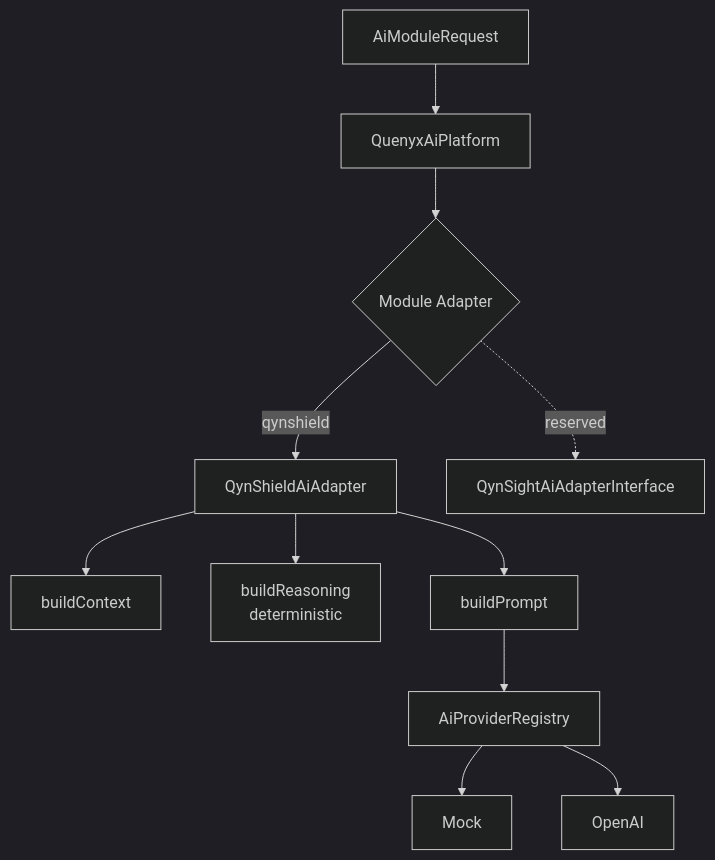
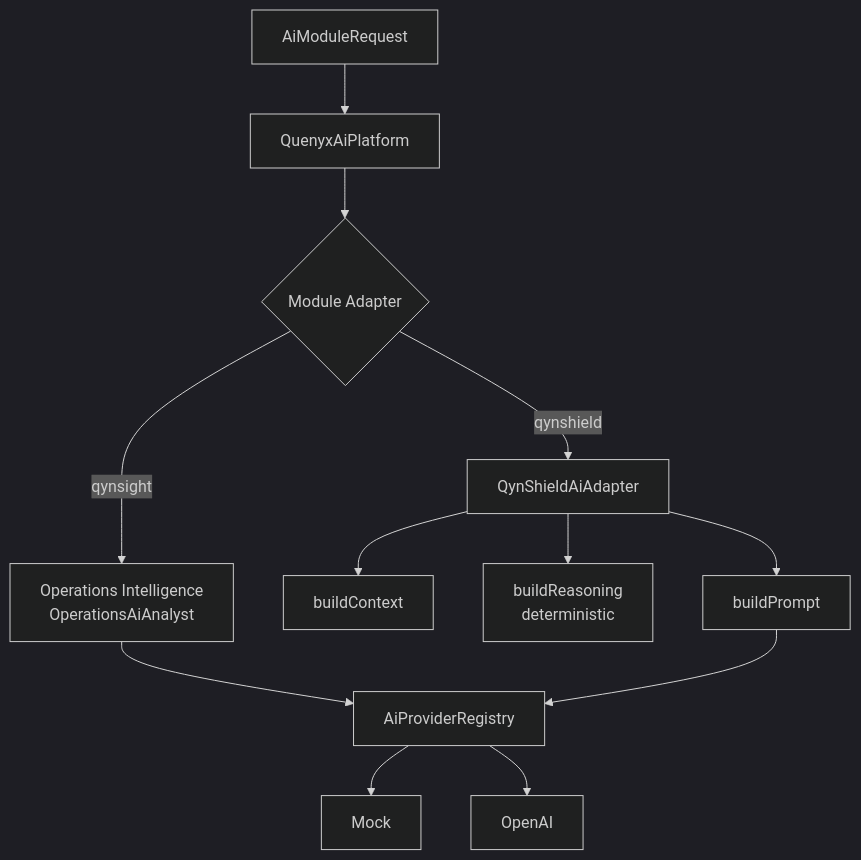
Before and after one commit to mnaqawa/Quenyx-saas: the third of 4 diagrams in docs/quenyx-v1/05_PLATFORM_ARCHITECTURE_BIBLE.md, drawn with Mermaid (dark theme). The commit also changed other lines of this file and 59 other files, not shown here.

Commit message:
implement Sprint 21 Operations Intelligence

````diff
--- a/docs/quenyx-v1/05_PLATFORM_ARCHITECTURE_BIBLE.md
+++ b/docs/quenyx-v1/05_PLATFORM_ARCHITECTURE_BIBLE.md
@@ -178,13 +179,14 @@
 ```mermaid
 flowchart TD
   REQ[AiModuleRequest] --> PLATFORM[QuenyxAiPlatform]
   PLATFORM --> ADP{Module Adapter}
   ADP -->|qynshield| SHIELD[QynShieldAiAdapter]
-  ADP -. reserved .-> SIGHT[QynSightAiAdapterInterface]
+  ADP -->|qynsight| SIGHT[Operations Intelligence<br/>OperationsAiAnalyst]
+  SIGHT --> REG
   SHIELD --> CTX[buildContext]
   SHIELD --> RSN[buildReasoning<br/>deterministic]
   SHIELD --> PMT[buildPrompt]
   PMT --> REG[AiProviderRegistry]
   REG --> MOCK[Mock]
   REG --> OAI[OpenAI]
 ```
````
